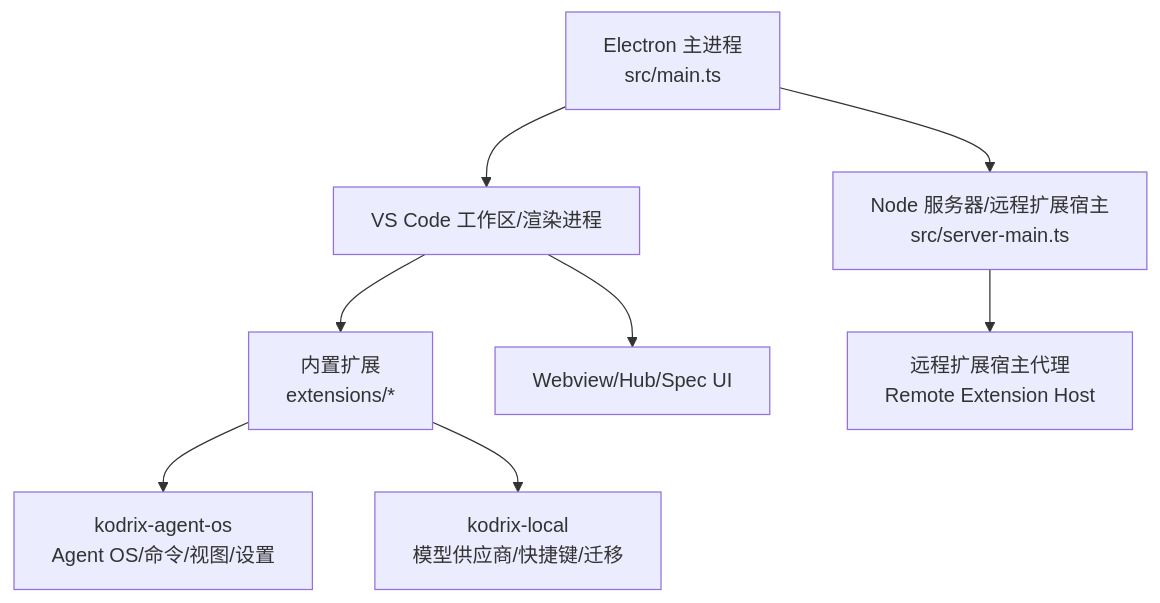
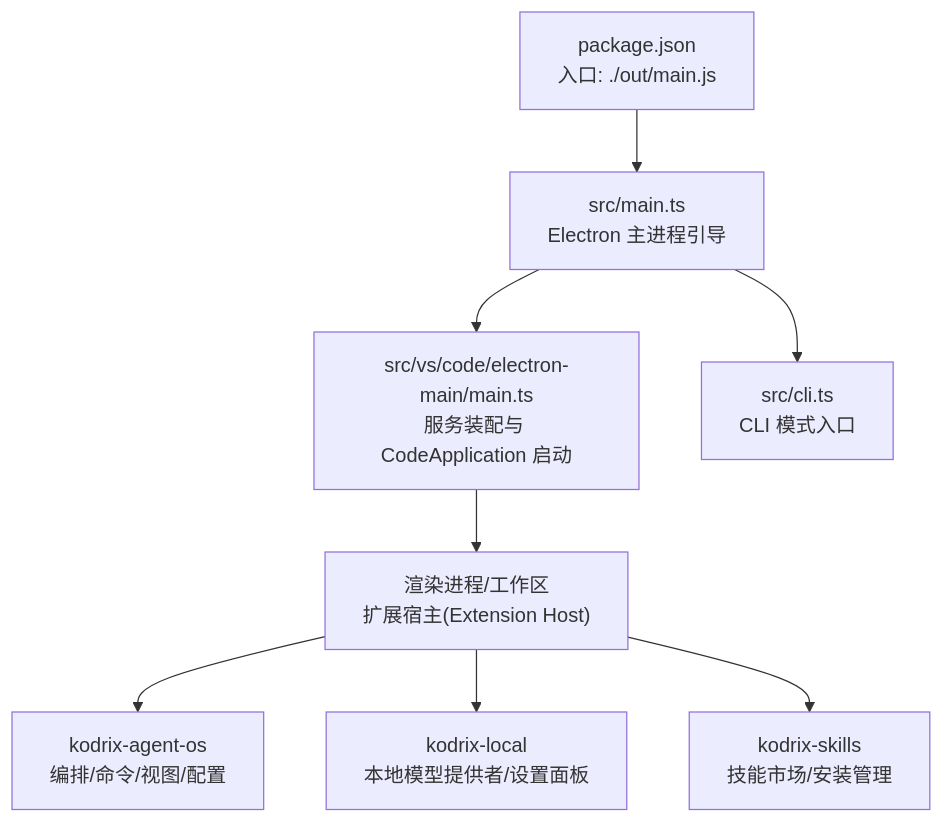
One commit to sofate798/KodrixCode changed the first of 7 diagrams in .qoder/repowiki/zh/content/架构设计/架构设计.md. Above: the diagram before and after it, drawn with Mermaid. The commit also changed other lines of this file and 178 other files, not shown here.

````diff
--- a/.qoder/repowiki/zh/content/架构设计/架构设计.md
+++ b/.qoder/repowiki/zh/content/架构设计/架构设计.md
@@ -39,10 +33,10 @@
 ```mermaid
 graph TB
-A["Electron 主进程<br/>src/main.ts"] --> B["VS Code 工作区/渲染进程"]
-A --> C["Node 服务器/远程扩展宿主<br/>src/server-main.ts"]
-B --> D["内置扩展<br/>extensions/*"]
-D --> E["kodrix-agent-os<br/>Agent OS/命令/视图/设置"]
-D --> F["kodrix-local<br/>模型供应商/快捷键/迁移"]
-C --> G["远程扩展宿主代理<br/>Remote Extension Host"]
-B --> H["Webview/Hub/Spec UI"]
+A["package.json<br/>入口: ./out/main.js"] --> B["src/main.ts<br/>Electron 主进程引导"]
+B --> C["src/vs/code/electron-main/main.ts<br/>服务装配与 CodeApplication 启动"]
+B --> D["src/cli.ts<br/>CLI 模式入口"]
+C --> E["渲染进程/工作区<br/>扩展宿主(Extension Host)"]
+E --> F["kodrix-agent-os<br/>编排/命令/视图/配置"]
+E --> G["kodrix-local<br/>本地模型提供者/设置面板"]
+E --> H["kodrix-skills<br/>技能市场/安装管理"]
 ```
````
